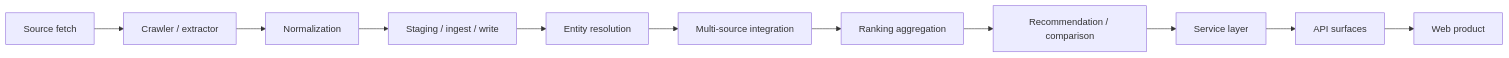
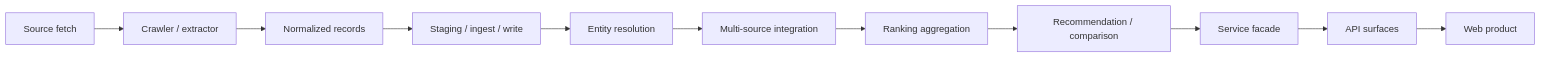
Before and after one commit to heinricitorgau/CrawlerNest: the second of 12 diagrams in docs/SYSTEM_ENGINE_ARCHITECTURE.md, drawn with Mermaid. The commit also changed other lines of this file and 10 other files, not shown here.

````diff
--- a/docs/SYSTEM_ENGINE_ARCHITECTURE.md
+++ b/docs/SYSTEM_ENGINE_ARCHITECTURE.md
@@ -109,13 +87,13 @@
 ```mermaid
 flowchart LR
     A["Source fetch"] --> B["Crawler / extractor"]
-    B --> C["Normalization"]
+    B --> C["Normalized records"]
     C --> D["Staging / ingest / write"]
     D --> E["Entity resolution"]
     E --> F["Multi-source integration"]
     F --> G["Ranking aggregation"]
     G --> H["Recommendation / comparison"]
-    H --> I["Service layer"]
+    H --> I["Service facade"]
     I --> J["API surfaces"]
     J --> K["Web product"]
 ```
````
